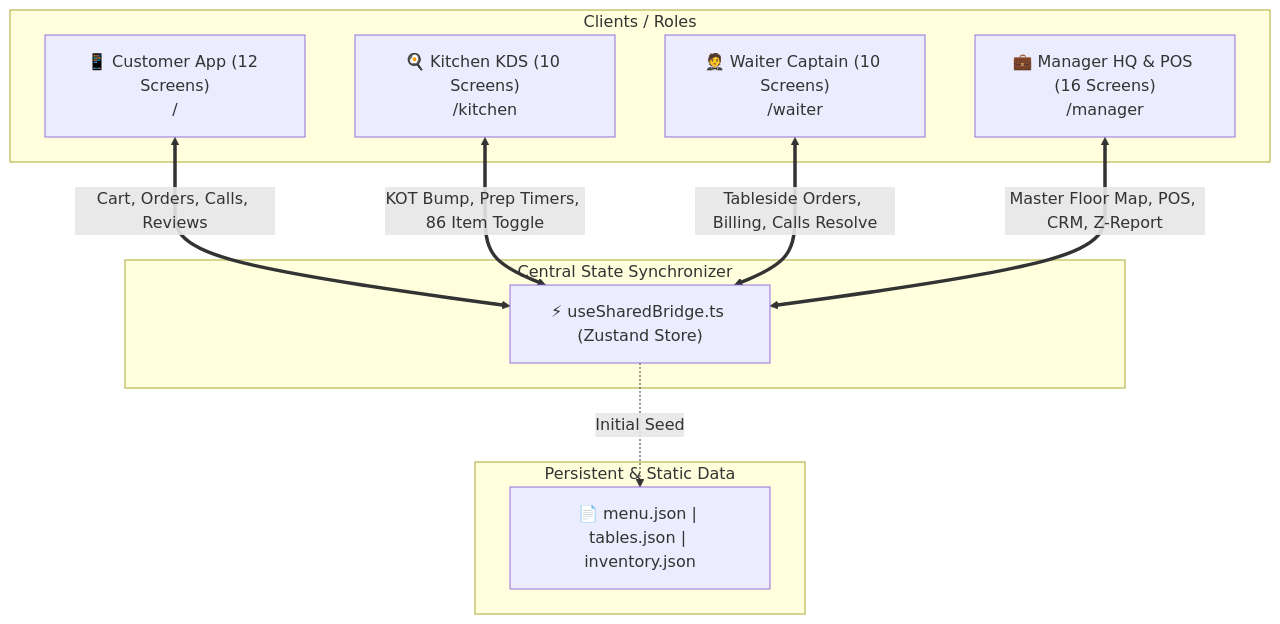
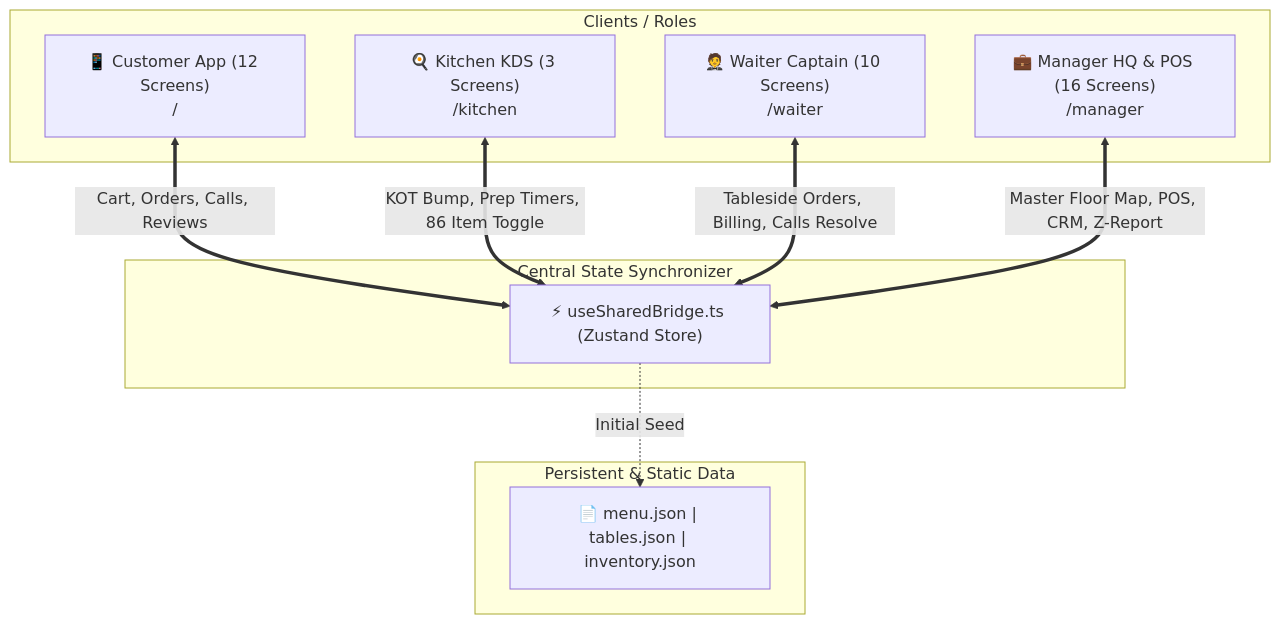
The diagram in ARCHITECTURE.md (suhassuhas4120/thoogudeepa-donne-biryani-app), drawn with Mermaid before and after one commit. The commit also changed other lines of this file and 4 other files, not shown here.

````diff
--- a/ARCHITECTURE.md
+++ b/ARCHITECTURE.md
@@ -9,24 +9,24 @@
 ```mermaid
 graph TD
     subgraph "Clients / Roles"
         C["📱 Customer App (12 Screens)<br/>/"]
-        K["🍳 Kitchen KDS (10 Screens)<br/>/kitchen"]
+        K["🍳 Kitchen KDS (3 Screens)<br/>/kitchen"]
         W["🤵 Waiter Captain (10 Screens)<br/>/waiter"]
         M["💼 Manager HQ & POS (16 Screens)<br/>/manager"]
     end
 
     subgraph "Central State Synchronizer"
         SB["⚡ useSharedBridge.ts (Zustand Store)"]
     end
 
     subgraph "Persistent & Static Data"
         JSON["📄 menu.json | tables.json | inventory.json"]
     end
 
     C <==>|"Cart, Orders, Calls, Reviews"| SB
     K <==>|"KOT Bump, Prep Timers, 86 Item Toggle"| SB
     W <==>|"Tableside Orders, Billing, Calls Resolve"| SB
     M <==>|"Master Floor Map, POS, CRM, Z-Report"| SB
 
     SB -.->|"Initial Seed"| JSON
 ```
````
